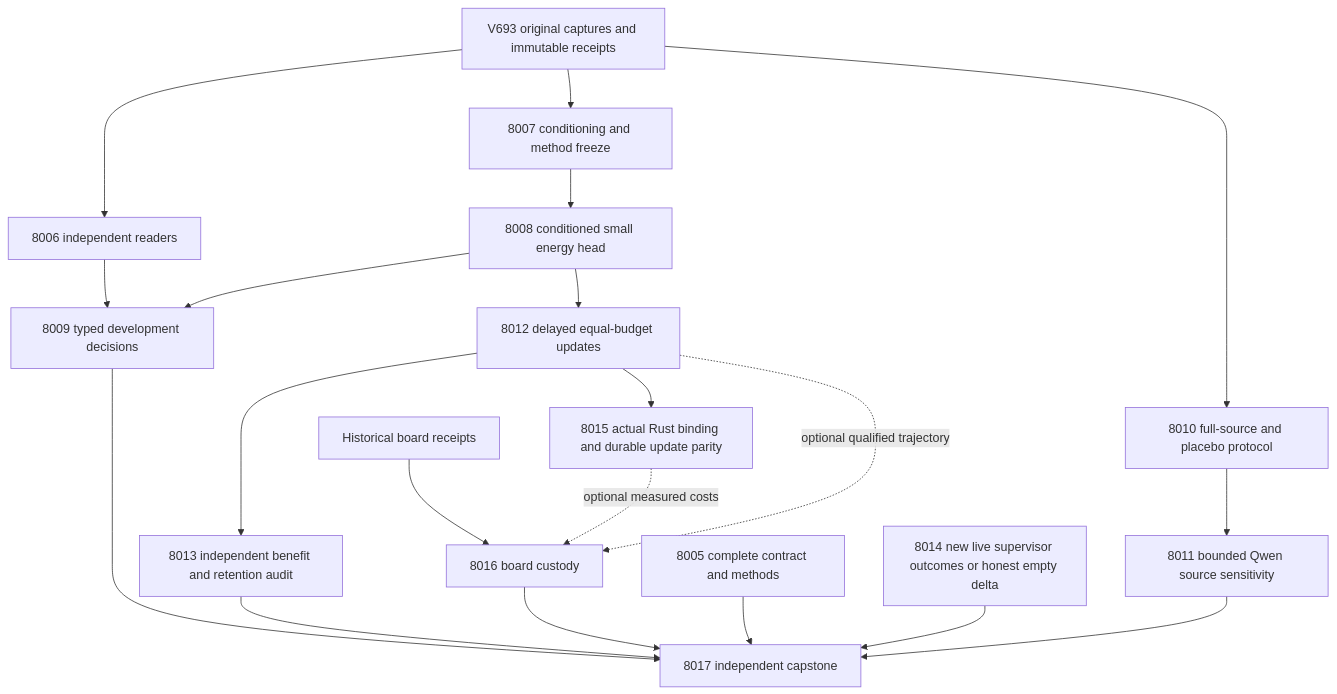
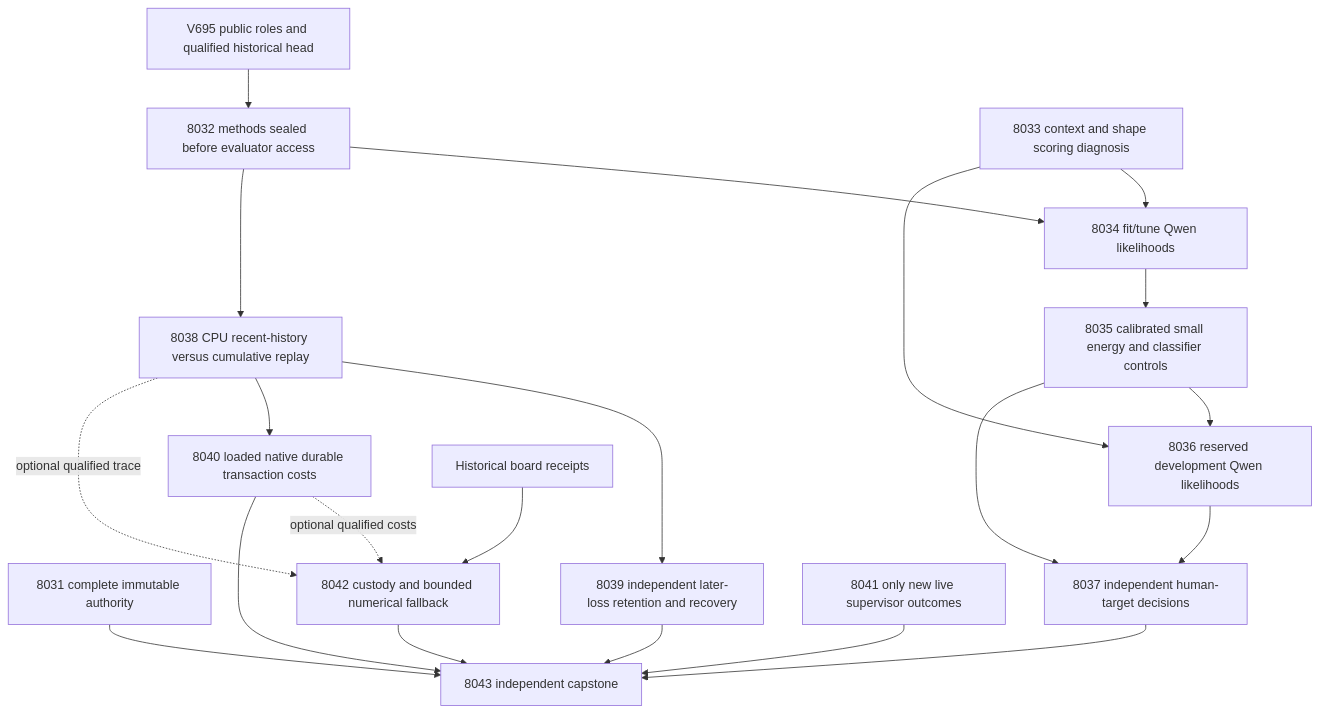
Before and after one commit to Carnot-EBM/carnot-ebm: the first of 2 diagrams in openspec/change-proposals/research-roadmap-vNEXT.md, drawn with Mermaid. The commit also changed other lines of this file and 12 other files, not shown here.

````diff
--- a/openspec/change-proposals/research-roadmap-vNEXT.md
+++ b/openspec/change-proposals/research-roadmap-vNEXT.md
@@ -85,22 +86,23 @@
 ```mermaid
 flowchart TD
-  H[V693 original captures and immutable receipts] --> R[8006 independent readers]
-  H --> M[8007 conditioning and method freeze]
-  M --> F[8008 conditioned small energy head]
-  F --> D[8009 typed development decisions]
-  R --> D
-  F --> L[8012 delayed equal-budget updates]
-  L --> A[8013 independent benefit and retention audit]
-  L --> N[8015 actual Rust binding and durable update parity]
-  H --> P[8010 full-source and placebo protocol]
-  P --> Q[8011 bounded Qwen source sensitivity]
-  B[Historical board receipts] --> W[8016 board custody]
-  L -. optional qualified trajectory .-> W
-  N -. optional measured costs .-> W
-  C[8005 complete contract and methods] --> Z[8017 independent capstone]
+  A[8031 complete immutable authority] --> Z[8043 independent capstone]
+  H[V695 public roles and qualified historical head] --> P[8032 methods sealed before evaluator access]
+  R[8033 context and shape scoring diagnosis] --> F[8034 fit/tune Qwen likelihoods]
+  P --> F
+  F --> E[8035 calibrated small energy and classifier controls]
+  E --> V[8036 reserved development Qwen likelihoods]
+  R --> V
+  V --> D[8037 independent human-target decisions]
+  E --> D
+  P --> L[8038 CPU recent-history versus cumulative replay]
+  L --> I[8039 independent later-loss retention and recovery]
+  L --> N[8040 loaded native durable transaction costs]
+  B[Historical board receipts] --> Q[8042 custody and bounded numerical fallback]
+  L -. optional qualified trace .-> Q
+  N -. optional qualified costs .-> Q
+  S[8041 only new live supervisor outcomes] --> Z
   D --> Z
-  A --> Z
+  I --> Z
+  N --> Z
   Q --> Z
-  W --> Z
-  S[8014 new live supervisor outcomes or honest empty delta] --> Z
 ```
````
